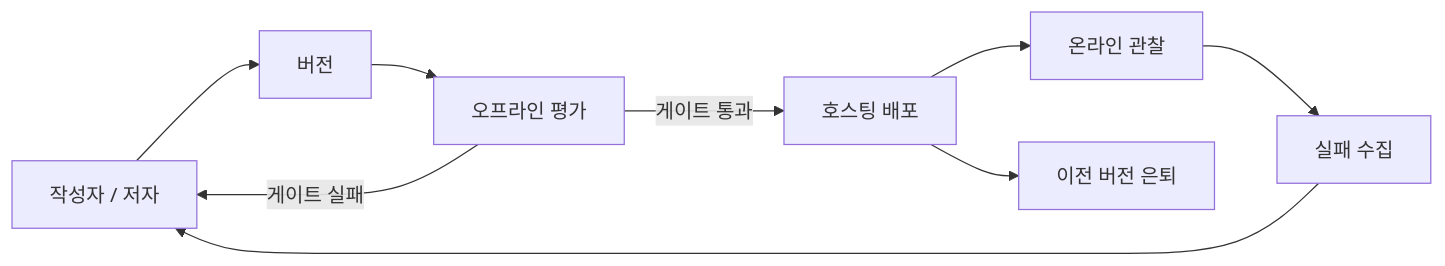
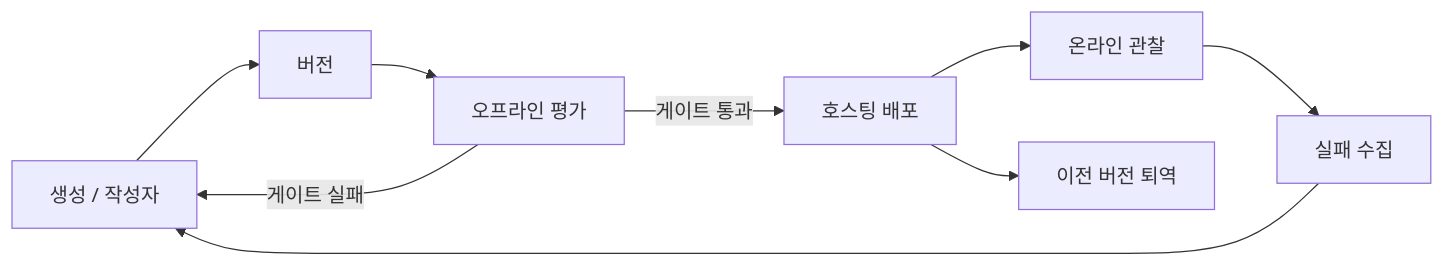
Before and after one commit to microsoft/ai-agents-for-beginners: the second of 4 diagrams in translations/ko/16-deploying-scalable-agents/README.md, drawn with Mermaid. The commit also changed other lines of this file and 46 other files, not shown here.

````diff
--- a/translations/ko/16-deploying-scalable-agents/README.md
+++ b/translations/ko/16-deploying-scalable-agents/README.md
@@ -108,11 +108,11 @@
 ```mermaid
 flowchart LR
-    Create[작성자 / 저자] --> Version[버전]
+    Create[생성 / 작성자] --> Version[버전]
     Version --> Evaluate[오프라인 평가]
     Evaluate -->|게이트 통과| Deploy[호스팅 배포]
     Evaluate -->|게이트 실패| Create
     Deploy --> Observe[온라인 관찰]
     Observe --> Improve[실패 수집]
     Improve --> Create
-    Deploy --> Retire[이전 버전 은퇴]
+    Deploy --> Retire[이전 버전 퇴역]
 ```
````
